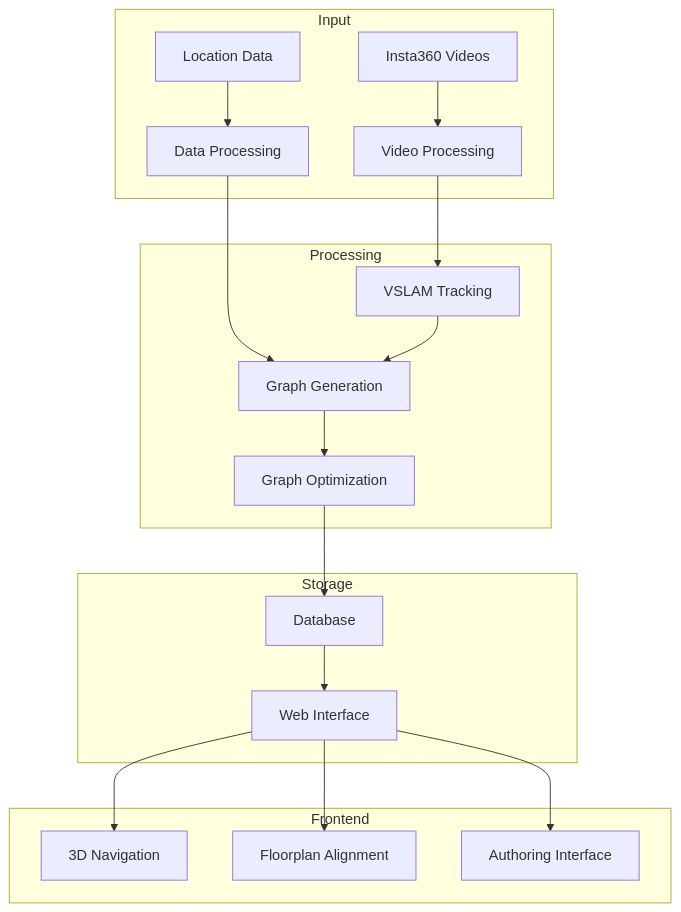
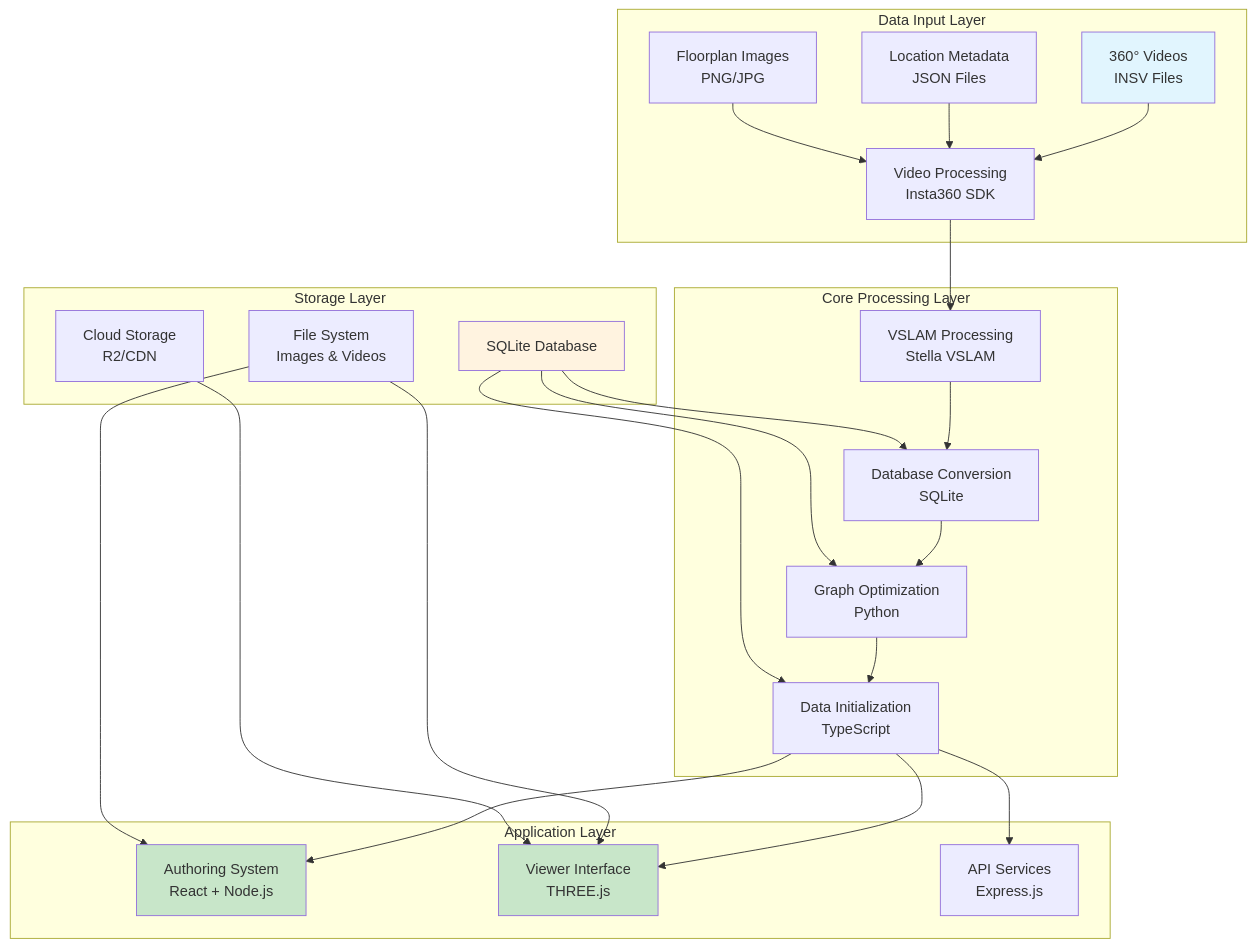
The first of 13 diagrams in ai-overview/architecture.md (Skwangles/AT-bus-tracker), drawn with Mermaid before and after one commit. The commit also changed other lines of this file and 2 other files, not shown here.

````diff
--- a/ai-overview/architecture.md
+++ b/ai-overview/architecture.md
@@ -7,25 +9,35 @@
 ```mermaid
 graph TB
-    subgraph Input
-        A[Insta360 Videos] --> B[Video Processing]
-        C[Location Data] --> D[Data Processing]
+    subgraph "Data Input Layer"
+        A[360° Videos<br/>INSV Files] --> B[Video Processing<br/>Insta360 SDK]
+        C[Location Metadata<br/>JSON Files] --> B
+        D[Floorplan Images<br/>PNG/JPG] --> B
     end
-
-    subgraph Processing
-        B --> E[VSLAM Tracking]
-        D --> F[Graph Generation]
-        E --> F
-        F --> G[Graph Optimization]
+    
+    subgraph "Core Processing Layer"
+        B --> E[VSLAM Processing<br/>Stella VSLAM]
+        E --> F[Database Conversion<br/>SQLite]
+        F --> G[Graph Optimization<br/>Python]
+        G --> H[Data Initialization<br/>TypeScript]
     end
-
-    subgraph Storage
-        G --> H[Database]
-        H --> I[Web Interface]
+    
+    subgraph "Application Layer"
+        H --> I[Authoring System<br/>React + Node.js]
+        H --> J[Viewer Interface<br/>THREE.js]
+        H --> K[API Services<br/>Express.js]
     end
-
-    subgraph Frontend
-        I --> J[3D Navigation]
-        I --> K[Floorplan Alignment]
-        I --> L[Authoring Interface]
+    
+    subgraph "Storage Layer"
+        L[SQLite Database] --> F
+        L --> G
+        L --> H
+        M[File System<br/>Images & Videos] --> I
+        M --> J
+        N[Cloud Storage<br/>R2/CDN] --> J
     end
+    
+    style A fill:#e1f5fe
+    style I fill:#c8e6c9
+    style J fill:#c8e6c9
+    style L fill:#fff3e0
 ```
````
